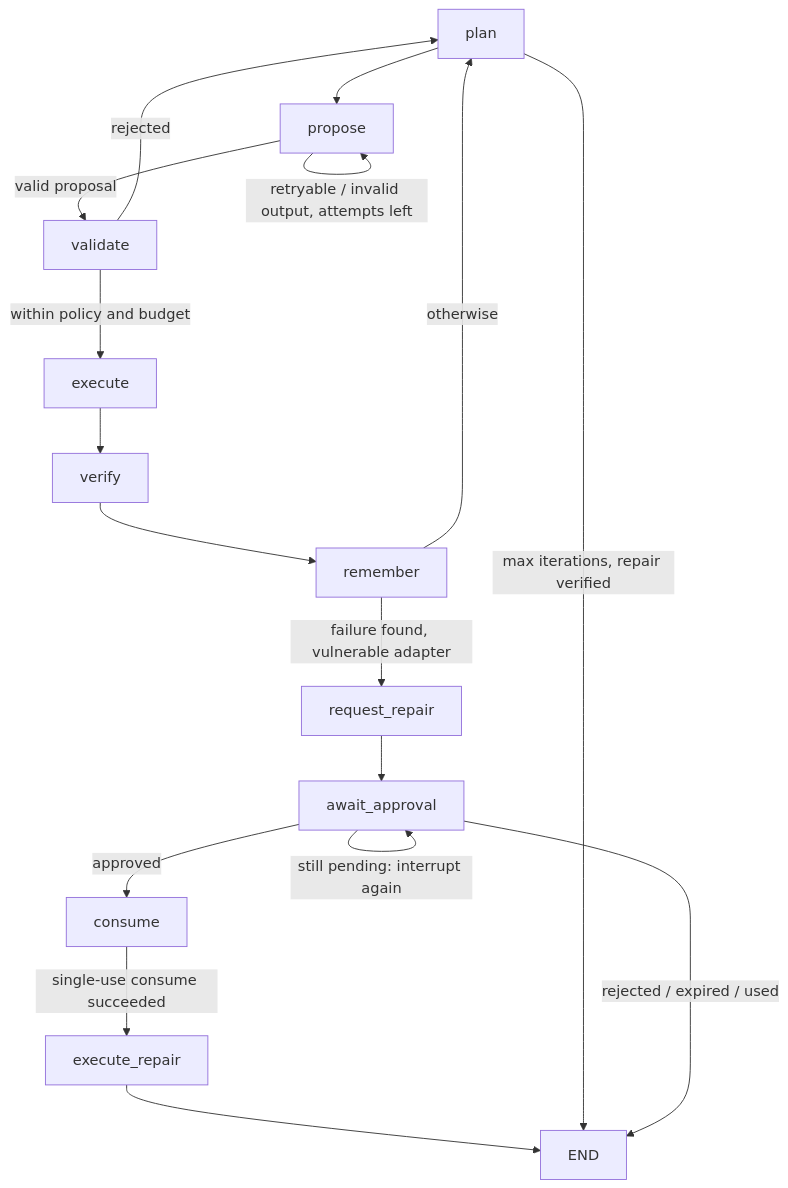
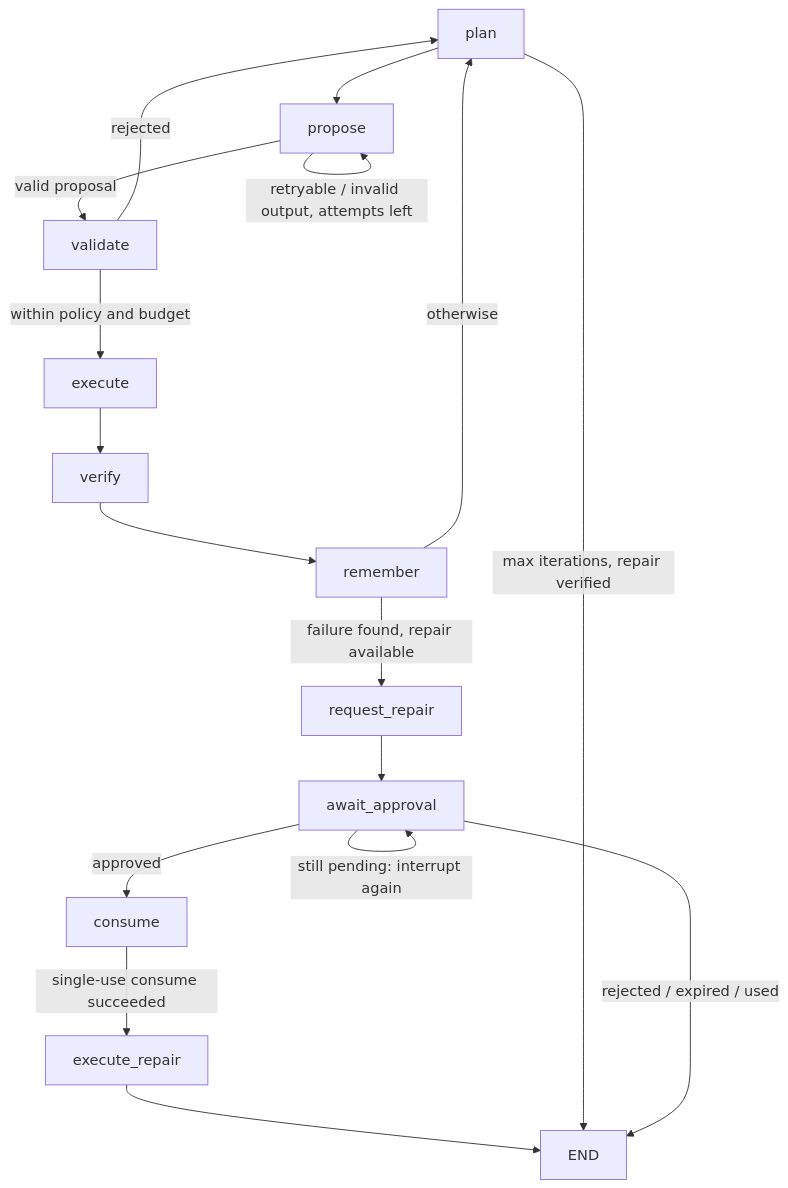
One commit to GhostLab-Universe/ghostlab-universe changed the diagram in docs/modules/M05.md. Above: the diagram before and after it, drawn with Mermaid. The commit also changed other lines of this file and 2 other files, not shown here.

````diff
--- a/docs/modules/M05.md
+++ b/docs/modules/M05.md
@@ -28,18 +28,18 @@
 ```mermaid
 flowchart TD
     plan --> propose
     propose -->|valid proposal| validate
     propose -->|retryable / invalid output, attempts left| propose
     validate -->|within policy and budget| execute
     validate -->|rejected| plan
     execute --> verify --> remember
-    remember -->|failure found, vulnerable adapter| request_repair
+    remember -->|failure found, repair available| request_repair
     remember -->|otherwise| plan
     request_repair --> await_approval
     await_approval -->|still pending: interrupt again| await_approval
     await_approval -->|approved| consume
     consume -->|single-use consume succeeded| execute_repair
     execute_repair --> END
     plan -->|max iterations, repair verified| END
     await_approval -->|rejected / expired / used| END
 ```
````
